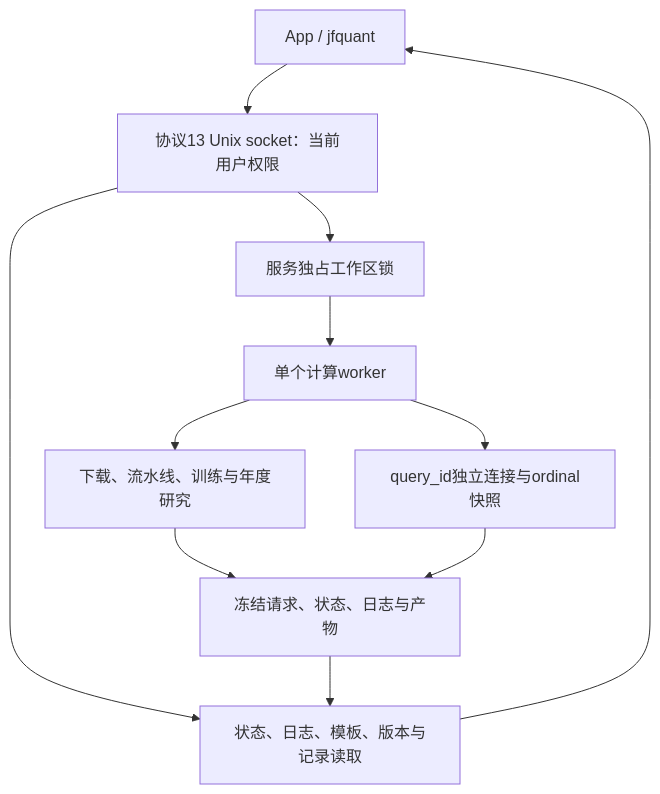
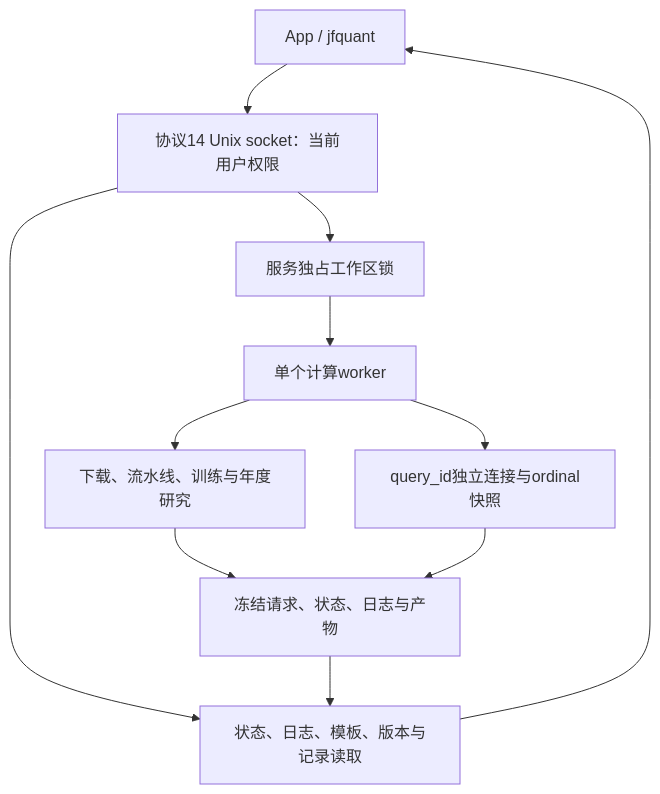
Before and after one commit to Dennishaha/JFQuant: the second of 7 diagrams in crates/workflow/src/README.md, drawn with Mermaid. The commit also changed other lines of this file and 97 other files, not shown here.

````diff
--- a/crates/workflow/src/README.md
+++ b/crates/workflow/src/README.md
@@ -42,13 +42,13 @@
 ```mermaid
 flowchart TD
-  CLIENT["App / jfquant"] --> RPC["协议13 Unix socket：当前用户权限"]
+  CLIENT["App / jfquant"] --> RPC["协议14 Unix socket：当前用户权限"]
   RPC --> LOCK["服务独占工作区锁"]
   RPC --> CONTROL["状态、日志、模板、版本与记录读取"]
   LOCK --> WORKER["单个计算worker"]
   WORKER --> QUERY["query_id独立连接与ordinal快照"]
   WORKER --> PIPE["下载、流水线、训练与年度研究"]
   PIPE --> DISK["冻结请求、状态、日志与产物"]
   QUERY --> DISK
   DISK --> CONTROL
   CONTROL --> CLIENT
 ```
````
